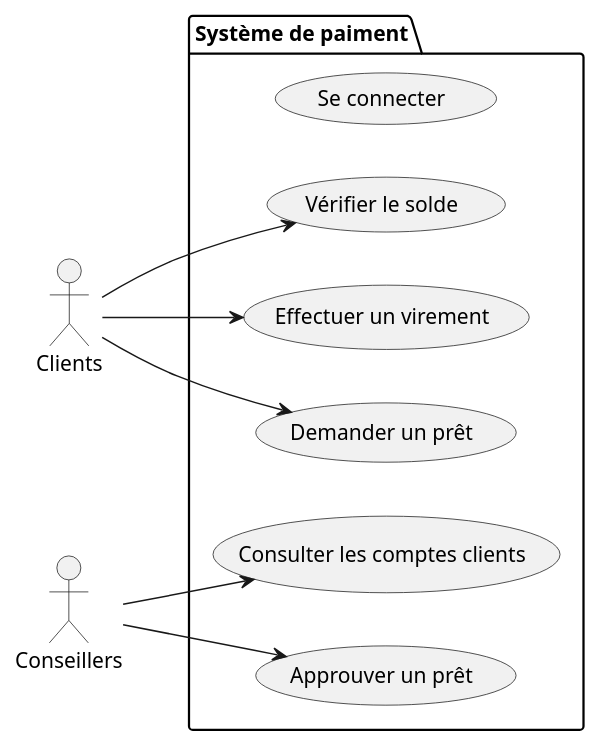
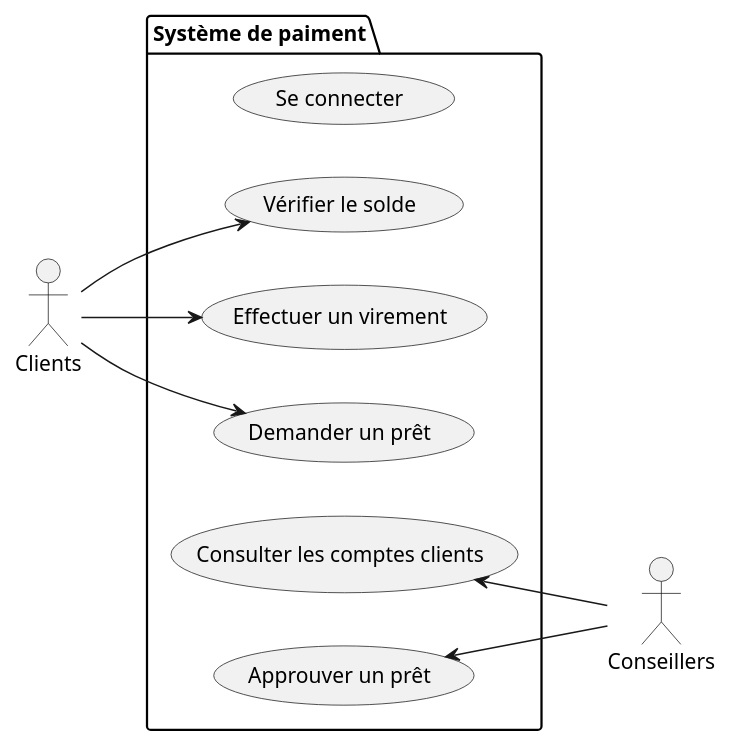
The diagram in usecases.plantuml (filkat34/UEL315_S1), drawn with PlantUML before and after one commit.

Commit message:
refactor: placed actor conseillers to right

```diff
--- a/usecases.plantuml
+++ b/usecases.plantuml
@@ -1,24 +1,25 @@
 @startuml Diagramme des classes d'utilisation
 left to right direction
 
 /' Définition des acteurs '/
 :Clients:
 :Conseillers:
 
 /' Définition des cas d'utilisation '/
 package "Système de paiment"{
 usecase "Se connecter" as UC0
 usecase "Vérifier le solde" as UC1
 usecase "Effectuer un virement" as UC2
 usecase "Demander un prêt" as UC3
 usecase "Consulter les comptes clients" as UC4
 usecase "Approuver un prêt" as UC5
 }
+
 /' Associations entre acteurs et cas d'utilisation '/
 :Clients: --> UC1
 :Clients: --> UC2
 :Clients: --> UC3
-:Conseillers: --> UC4
-:Conseillers: --> UC5
+UC4 <-- :Conseillers:
+UC5 <-- :Conseillers:
 
 @enduml
```
